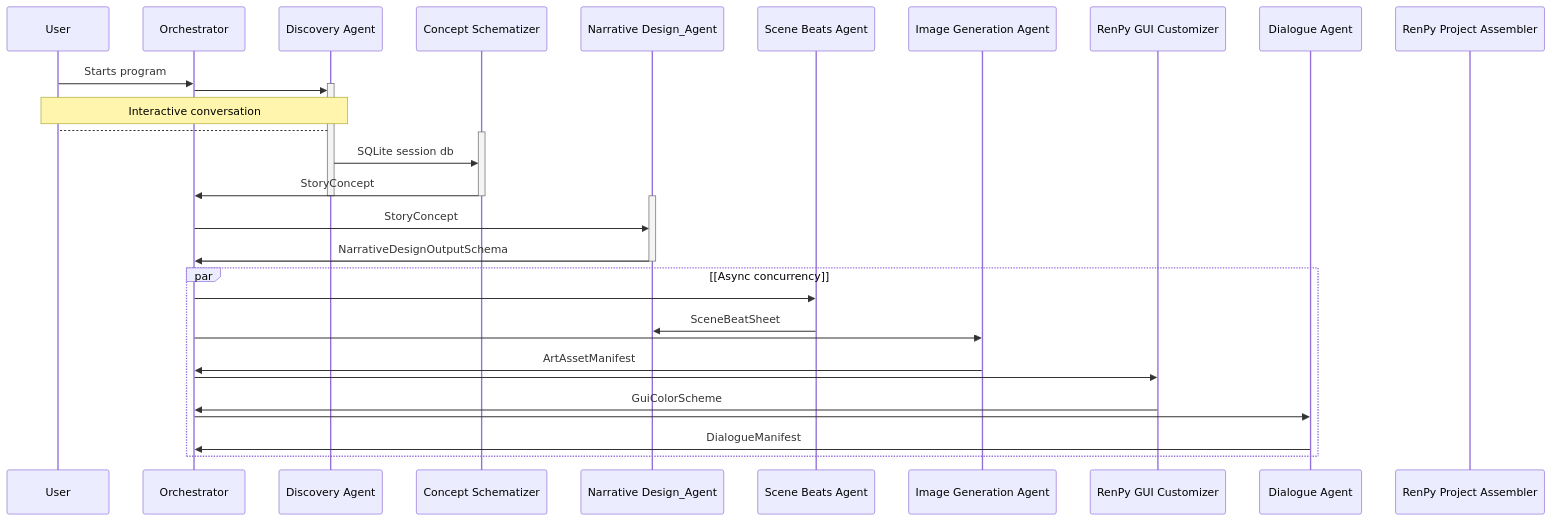
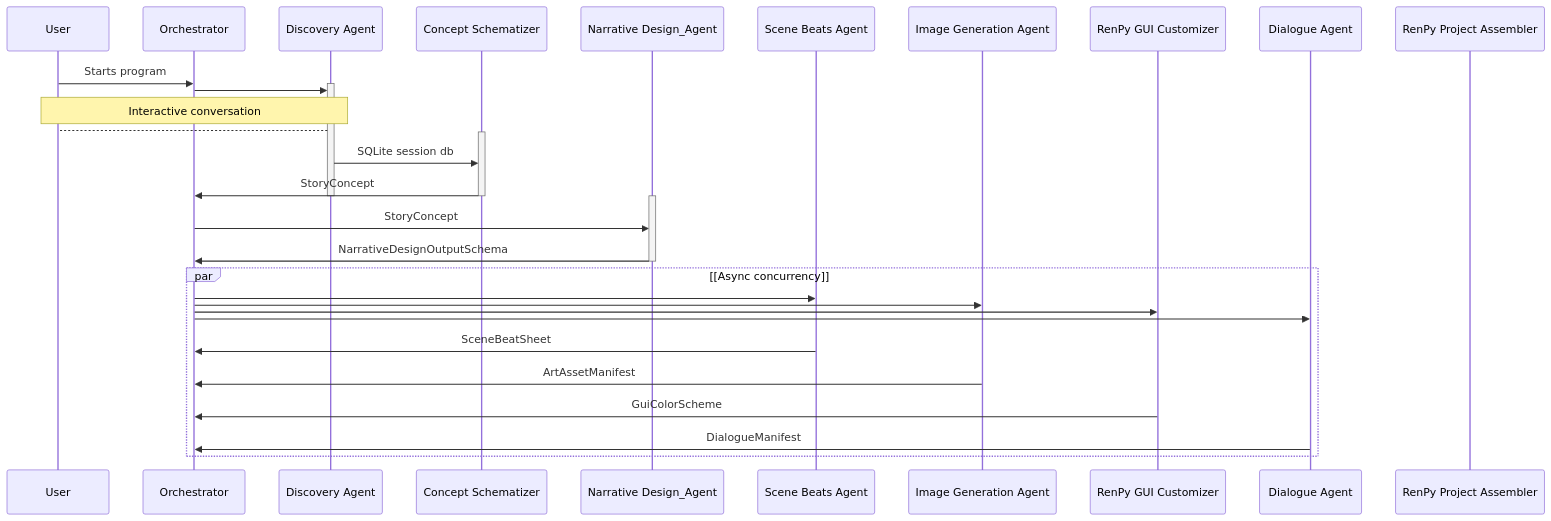
Before and after one commit to danglenzig/KARLA_PROD: the diagram in README.md, drawn with Mermaid.

````diff
--- a/README.md
+++ b/README.md
@@ -108,40 +108,40 @@
 ```mermaid
 sequenceDiagram
     participant USER as User
     participant ORCH as Orchestrator
     participant DISC as Discovery Agent
     participant CONC as Concept Schematizer
     participant NARR as Narrative Design_Agent
     participant BEAT as Scene Beats Agent
     participant ARTS as Image Generation Agent
     participant COLO as RenPy GUI Customizer
     participant DIAL as Dialogue Agent
     participant RNPY as RenPy Project Assembler
 
     USER->>ORCH: Starts program
     activate DISC
     ORCH->>DISC:
     Note over DISC,USER: Interactive conversation
     DISC-->USER:
     activate CONC
     DISC->>CONC: SQLite session db
     CONC->>ORCH: StoryConcept
     deactivate CONC
     deactivate DISC
 
     activate NARR
     ORCH->>NARR: StoryConcept
     NARR->>ORCH: NarrativeDesignOutputSchema
     deactivate NARR
 
     par [Async concurrency]
         ORCH->>BEAT:
-        BEAT->>NARR: SceneBeatSheet
         ORCH->>ARTS:
+        ORCH->>COLO:
+        ORCH->>DIAL:
+        BEAT->>ORCH: SceneBeatSheet
         ARTS->>ORCH: ArtAssetManifest
-        ORCH->>COLO:
         COLO->>ORCH: GuiColorScheme
-        ORCH->>DIAL:
         DIAL->>ORCH: DialogueManifest
     end 
 ```
````
